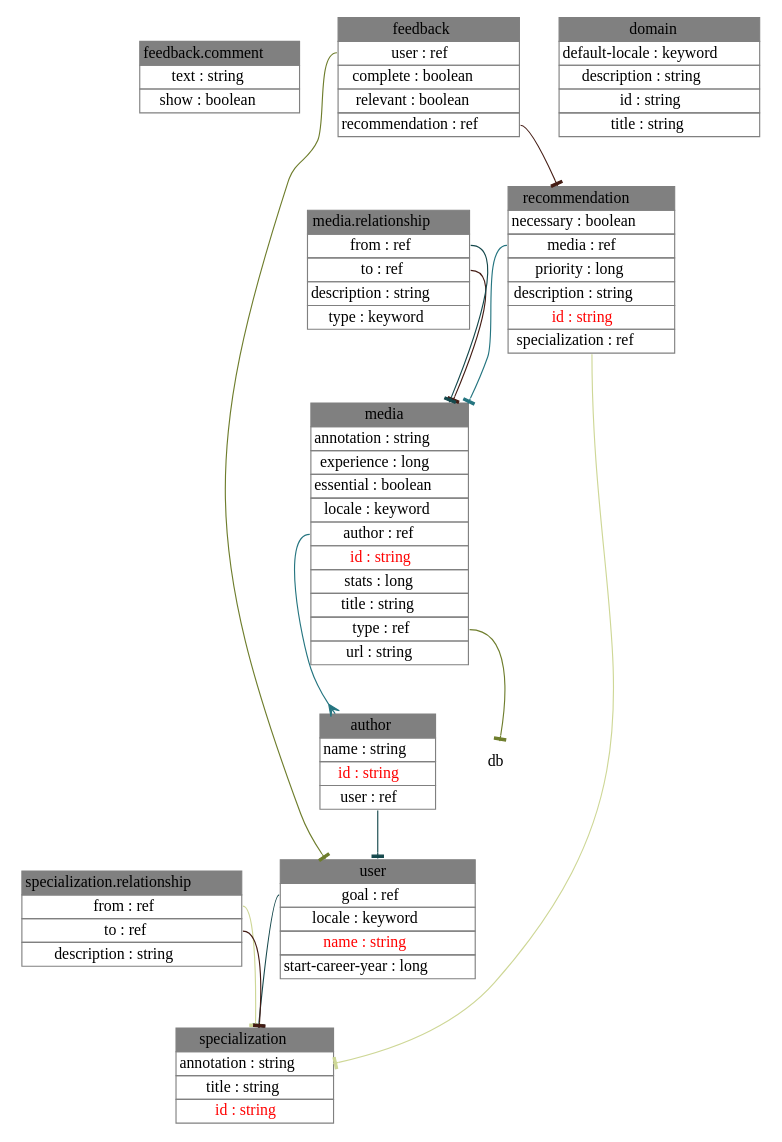
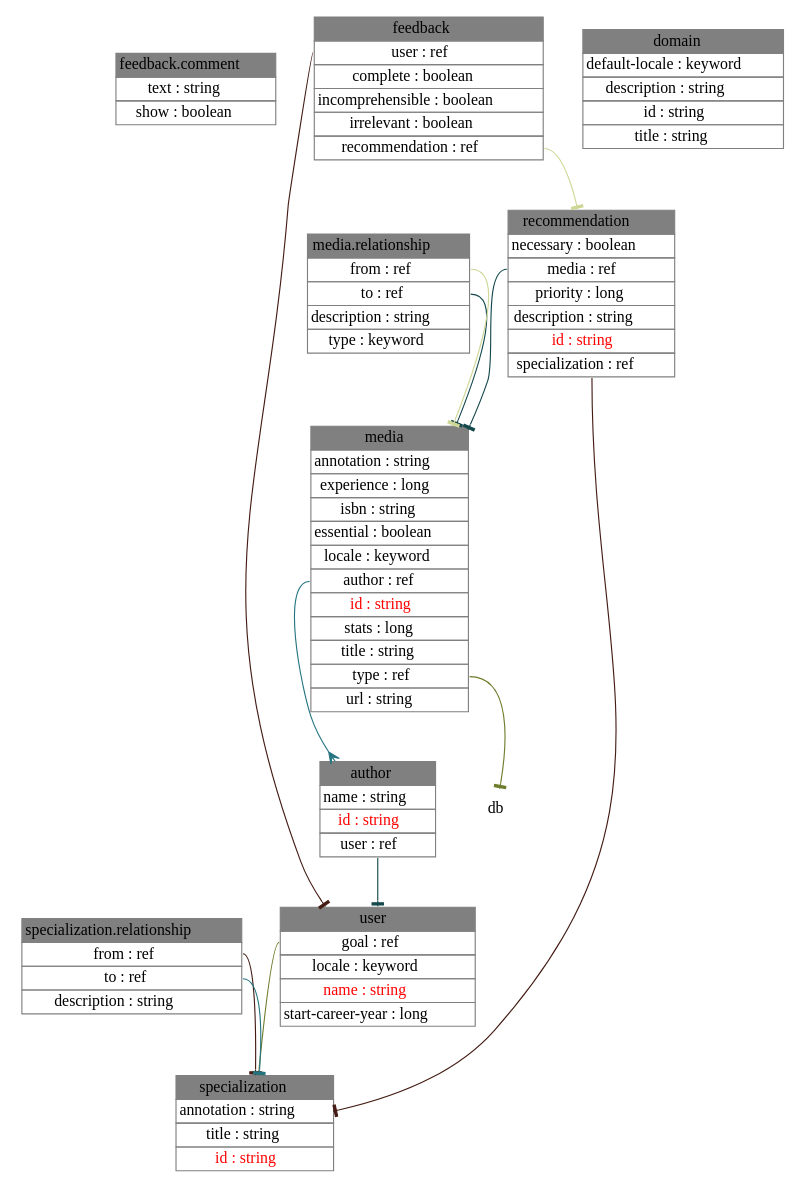
The diagram in kmg-schema.dot (alexpetrov/kmg), drawn with Graphviz before and after one commit. The commit also changed 2 other files, not shown here.

```diff
--- a/kmg-schema.dot
+++ b/kmg-schema.dot
@@ -1,25 +1,25 @@
 digraph {
 node [shape=plaintext];
 "feedback.comment" [label=<<table border="0" cellborder="1" cellspacing="0" color="#808080" port="feedback.comment"><tr><td bgcolor="gray">feedback.comment</td></tr><tr><td>text : string</td></tr><tr><td>show : boolean</td></tr></table>>];
-media [label=<<table border="0" cellborder="1" cellspacing="0" color="#808080" port="media"><tr><td bgcolor="gray">media</td></tr><tr><td>annotation : string</td></tr><tr><td>experience : long</td></tr><tr><td>essential : boolean</td></tr><tr><td>locale : keyword</td></tr><tr><td port="author">author : ref</td></tr><tr><td><font color="red">id : string</font></td></tr><tr><td>stats : long</td></tr><tr><td>title : string</td></tr><tr><td port="type">type : ref</td></tr><tr><td>url : string</td></tr></table>>];
+media [label=<<table border="0" cellborder="1" cellspacing="0" color="#808080" port="media"><tr><td bgcolor="gray">media</td></tr><tr><td>annotation : string</td></tr><tr><td>experience : long</td></tr><tr><td>isbn : string</td></tr><tr><td>essential : boolean</td></tr><tr><td>locale : keyword</td></tr><tr><td port="author">author : ref</td></tr><tr><td><font color="red">id : string</font></td></tr><tr><td>stats : long</td></tr><tr><td>title : string</td></tr><tr><td port="type">type : ref</td></tr><tr><td>url : string</td></tr></table>>];
 specialization [label=<<table border="0" cellborder="1" cellspacing="0" color="#808080" port="specialization"><tr><td bgcolor="gray">specialization</td></tr><tr><td>annotation : string</td></tr><tr><td>title : string</td></tr><tr><td><font color="red">id : string</font></td></tr></table>>];
 author [label=<<table border="0" cellborder="1" cellspacing="0" color="#808080" port="author"><tr><td bgcolor="gray">author</td></tr><tr><td>name : string</td></tr><tr><td><font color="red">id : string</font></td></tr><tr><td port="user">user : ref</td></tr></table>>];
 user [label=<<table border="0" cellborder="1" cellspacing="0" color="#808080" port="user"><tr><td bgcolor="gray">user</td></tr><tr><td port="goal">goal : ref</td></tr><tr><td>locale : keyword</td></tr><tr><td><font color="red">name : string</font></td></tr><tr><td>start-career-year : long</td></tr></table>>];
 "specialization.relationship" [label=<<table border="0" cellborder="1" cellspacing="0" color="#808080" port="specialization.relationship"><tr><td bgcolor="gray">specialization.relationship</td></tr><tr><td port="from">from : ref</td></tr><tr><td port="to">to : ref</td></tr><tr><td>description : string</td></tr></table>>];
-feedback [label=<<table border="0" cellborder="1" cellspacing="0" color="#808080" port="feedback"><tr><td bgcolor="gray">feedback</td></tr><tr><td port="user">user : ref</td></tr><tr><td>complete : boolean</td></tr><tr><td>relevant : boolean</td></tr><tr><td port="recommendation">recommendation : ref</td></tr></table>>];
+feedback [label=<<table border="0" cellborder="1" cellspacing="0" color="#808080" port="feedback"><tr><td bgcolor="gray">feedback</td></tr><tr><td port="user">user : ref</td></tr><tr><td>complete : boolean</td></tr><tr><td>incomprehensible : boolean</td></tr><tr><td>irrelevant : boolean</td></tr><tr><td port="recommendation">recommendation : ref</td></tr></table>>];
 recommendation [label=<<table border="0" cellborder="1" cellspacing="0" color="#808080" port="recommendation"><tr><td bgcolor="gray">recommendation</td></tr><tr><td>necessary : boolean</td></tr><tr><td port="media">media : ref</td></tr><tr><td>priority : long</td></tr><tr><td>description : string</td></tr><tr><td><font color="red">id : string</font></td></tr><tr><td port="specialization">specialization : ref</td></tr></table>>];
 domain [label=<<table border="0" cellborder="1" cellspacing="0" color="#808080" port="domain"><tr><td bgcolor="gray">domain</td></tr><tr><td>default-locale : keyword</td></tr><tr><td>description : string</td></tr><tr><td>id : string</td></tr><tr><td>title : string</td></tr></table>>];
 "media.relationship" [label=<<table border="0" cellborder="1" cellspacing="0" color="#808080" port="media.relationship"><tr><td bgcolor="gray">media.relationship</td></tr><tr><td port="from">from : ref</td></tr><tr><td port="to">to : ref</td></tr><tr><td>description : string</td></tr><tr><td>type : keyword</td></tr></table>>];
-feedback:recommendation -> recommendation:recommendation [color="#441C14",arrowhead=tee];
+feedback:user -> user:user [color="#441C14",arrowhead=tee];
+"media.relationship":to -> media:media [color="#15484C",arrowhead=tee];
+media:author -> author:author [color="#257580",arrowhead=crow];
+user:goal -> specialization:specialization [color="#6E7D2C",arrowhead=tee];
+feedback:recommendation -> recommendation:recommendation [color="#CED796",arrowhead=tee];
+"specialization.relationship":from -> specialization:specialization [color="#441C14",arrowhead=tee];
 author:user -> user:user [color="#15484C",arrowhead=tee];
-media:author -> author:author [color="#257580",arrowhead=crow];
-feedback:user -> user:user [color="#6E7D2C",arrowhead=tee];
-recommendation:specialization -> specialization:specialization [color="#CED796",arrowhead=tee];
-"media.relationship":to -> media:media [color="#441C14",arrowhead=tee];
-user:goal -> specialization:specialization [color="#15484C",arrowhead=tee];
-recommendation:media -> media:media [color="#257580",arrowhead=tee];
+"specialization.relationship":to -> specialization:specialization [color="#257580",arrowhead=tee];
 media:type -> db:db [color="#6E7D2C",arrowhead=tee];
-"specialization.relationship":from -> specialization:specialization [color="#CED796",arrowhead=tee];
-"specialization.relationship":to -> specialization:specialization [color="#441C14",arrowhead=tee];
-"media.relationship":from -> media:media [color="#15484C",arrowhead=tee];
+"media.relationship":from -> media:media [color="#CED796",arrowhead=tee];
+recommendation:specialization -> specialization:specialization [color="#441C14",arrowhead=tee];
+recommendation:media -> media:media [color="#15484C",arrowhead=tee];
 } 
```
